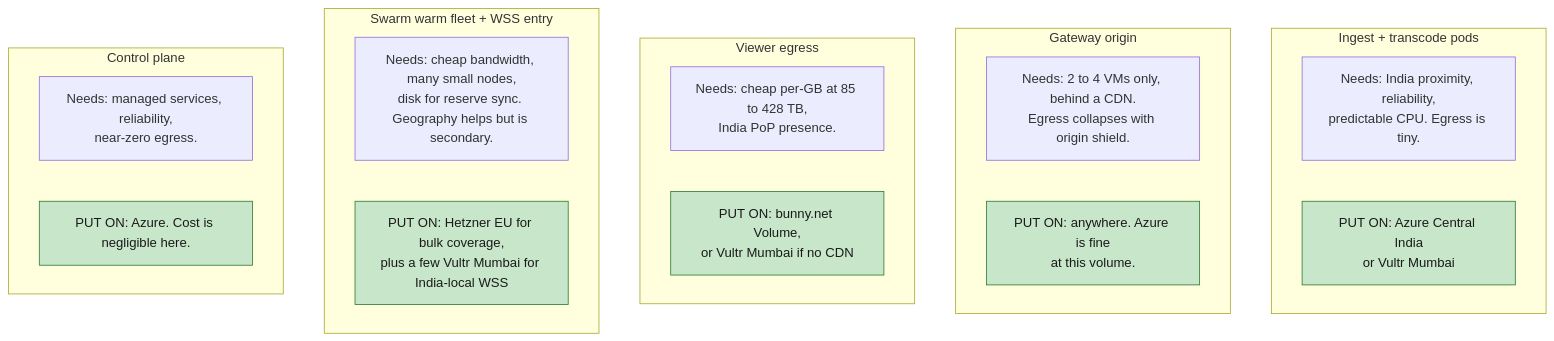
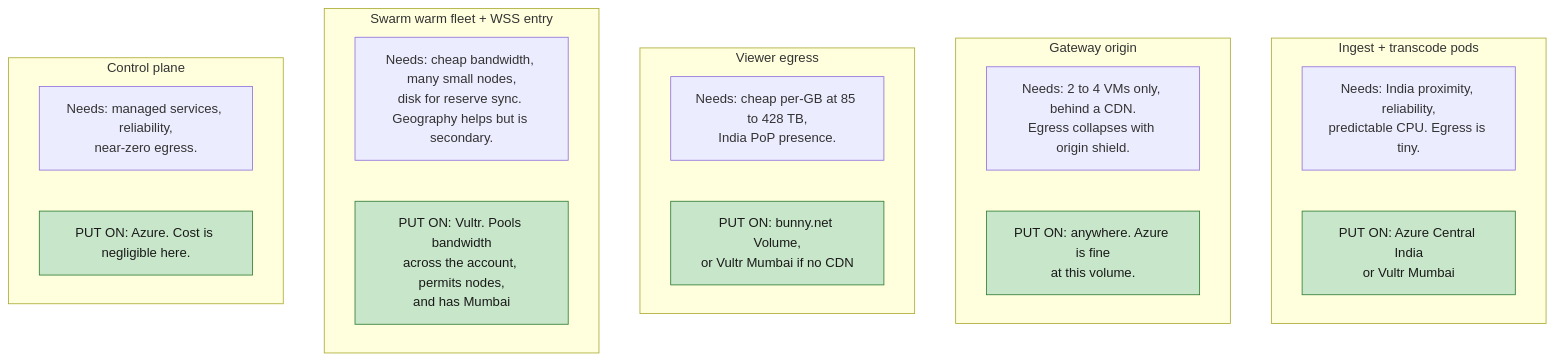
Before and after one commit to Solar-Punk-Ltd/devcon-streaming-partnership: diagram 21 of 23 in docs/architecture-plan.md, drawn with Mermaid. The commit also changed other lines of this file and 3 other files, not shown here.

First line of the commit message:
docs: POC deployment on Vultr Mumbai plus bunny.net

````diff
--- a/docs/architecture-plan.md
+++ b/docs/architecture-plan.md
@@ -1189,28 +1189,28 @@
 ```mermaid
 flowchart TB
     subgraph W1["Ingest + transcode pods"]
         A1["Needs: India proximity, reliability,<br/>predictable CPU. Egress is tiny."]
         A2["PUT ON: Azure Central India<br/>or Vultr Mumbai"]
     end
     subgraph W2["Gateway origin"]
         B1["Needs: 2 to 4 VMs only, behind a CDN.<br/>Egress collapses with origin shield."]
         B2["PUT ON: anywhere. Azure is fine<br/>at this volume."]
     end
     subgraph W3["Viewer egress"]
         C1["Needs: cheap per-GB at 85 to 428 TB,<br/>India PoP presence."]
         C2["PUT ON: bunny.net Volume,<br/>or Vultr Mumbai if no CDN"]
     end
     subgraph W4["Swarm warm fleet + WSS entry"]
         D1["Needs: cheap bandwidth, many small nodes,<br/>disk for reserve sync. Geography helps but is secondary."]
-        D2["PUT ON: Hetzner EU for bulk coverage,<br/>plus a few Vultr Mumbai for India-local WSS"]
+        D2["PUT ON: Vultr. Pools bandwidth<br/>across the account, permits nodes,<br/>and has Mumbai"]
     end
     subgraph W5["Control plane"]
         E1["Needs: managed services, reliability,<br/>near-zero egress."]
         E2["PUT ON: Azure. Cost is negligible here."]
     end
     style A2 fill:#c8e6c9,stroke:#2e7d32,color:#1a1a1a
     style B2 fill:#c8e6c9,stroke:#2e7d32,color:#1a1a1a
     style C2 fill:#c8e6c9,stroke:#2e7d32,color:#1a1a1a
     style D2 fill:#c8e6c9,stroke:#2e7d32,color:#1a1a1a
     style E2 fill:#c8e6c9,stroke:#2e7d32,color:#1a1a1a
 ```
````
